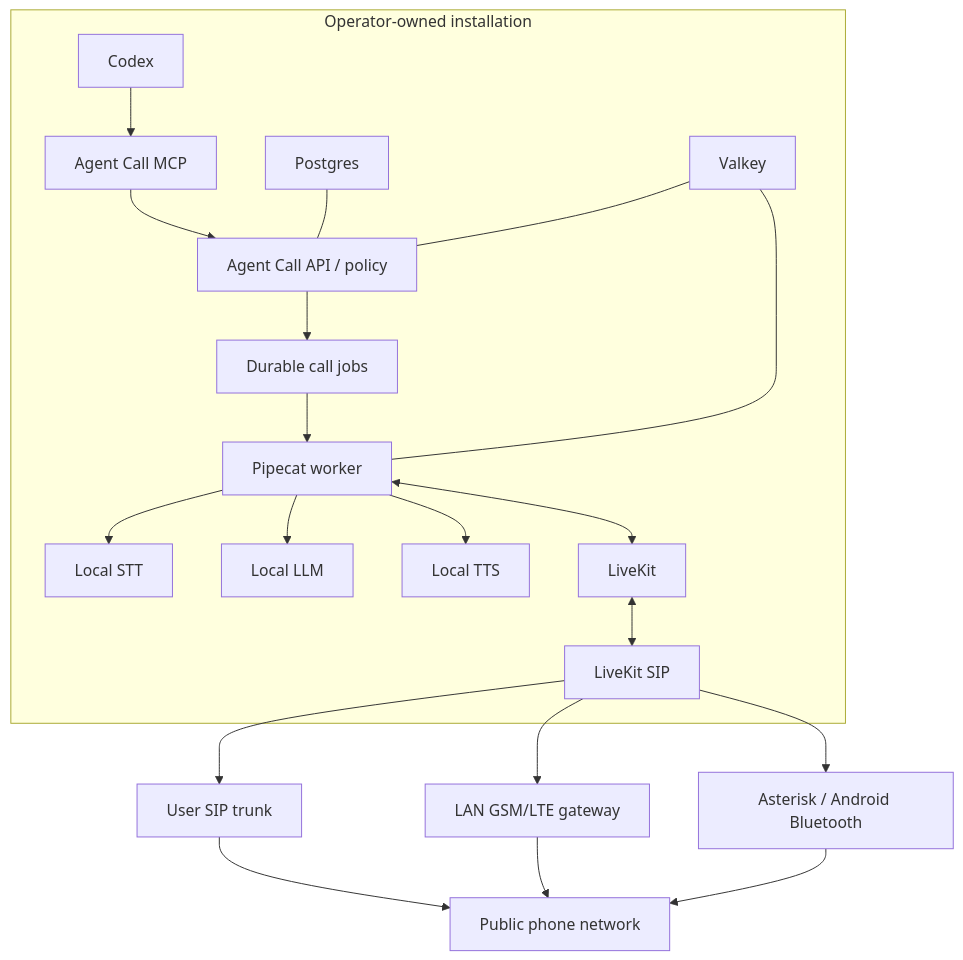
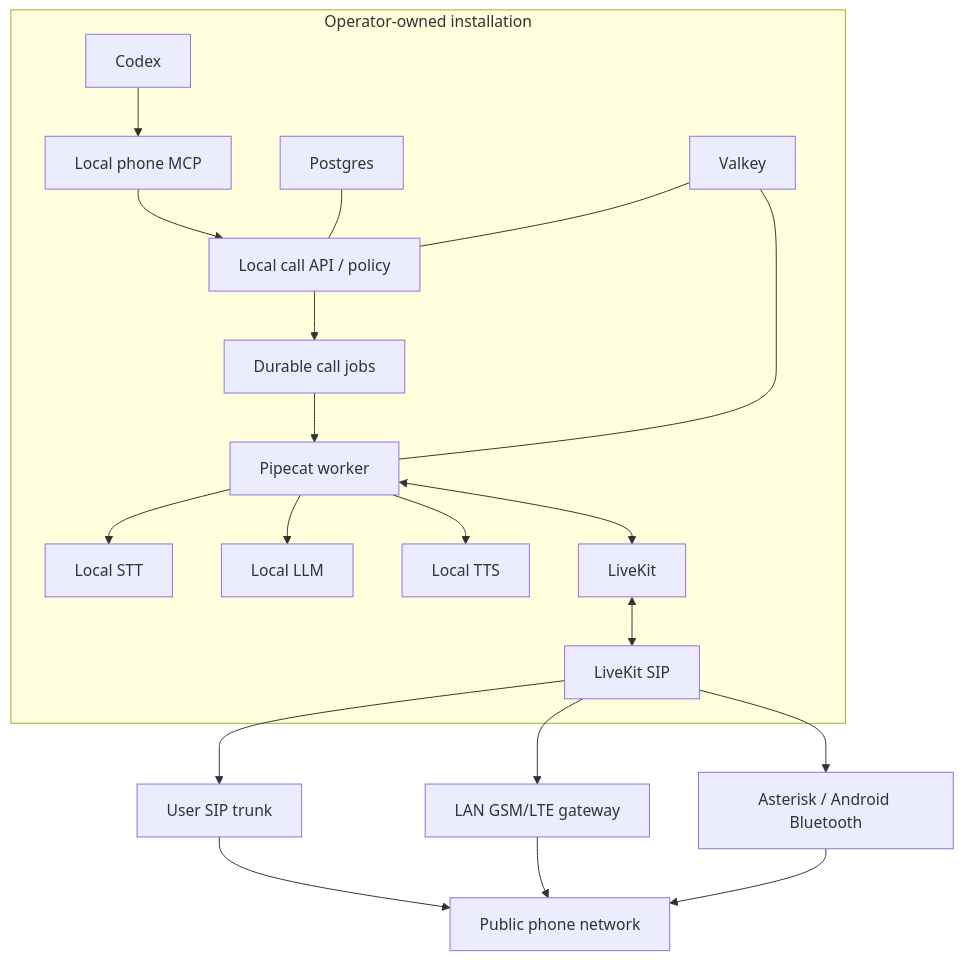
Before and after one commit to Caezarr/42hackathon: the diagram in docs/ARCHITECTURE.md, drawn with Mermaid. The commit also changed other lines of this file and 12 other files, not shown here.

Commit message:
Remove unrelated Agent Call branding

````diff
--- a/docs/ARCHITECTURE.md
+++ b/docs/ARCHITECTURE.md
@@ -21,24 +21,24 @@
 ```mermaid
 flowchart TB
     subgraph Operator["Operator-owned installation"]
-      C["Codex"] --> MCP["Agent Call MCP"]
-      MCP --> API["Agent Call API / policy"]
+      C["Codex"] --> MCP["Local phone MCP"]
+      MCP --> API["Local call API / policy"]
       API --> Q["Durable call jobs"]
       Q --> W["Pipecat worker"]
       W --> STT["Local STT"]
       W --> LLM["Local LLM"]
       W --> TTS["Local TTS"]
       W <--> LK["LiveKit"]
       LK <--> LKSIP["LiveKit SIP"]
       DB["Postgres"] --- API
       KV["Valkey"] --- API
       KV --- W
     end
 
     LKSIP --> T1["User SIP trunk"]
     LKSIP --> T2["LAN GSM/LTE gateway"]
     LKSIP --> AST["Asterisk / Android Bluetooth"]
     T1 --> PSTN["Public phone network"]
     T2 --> PSTN
     AST --> PSTN
 ```
````
